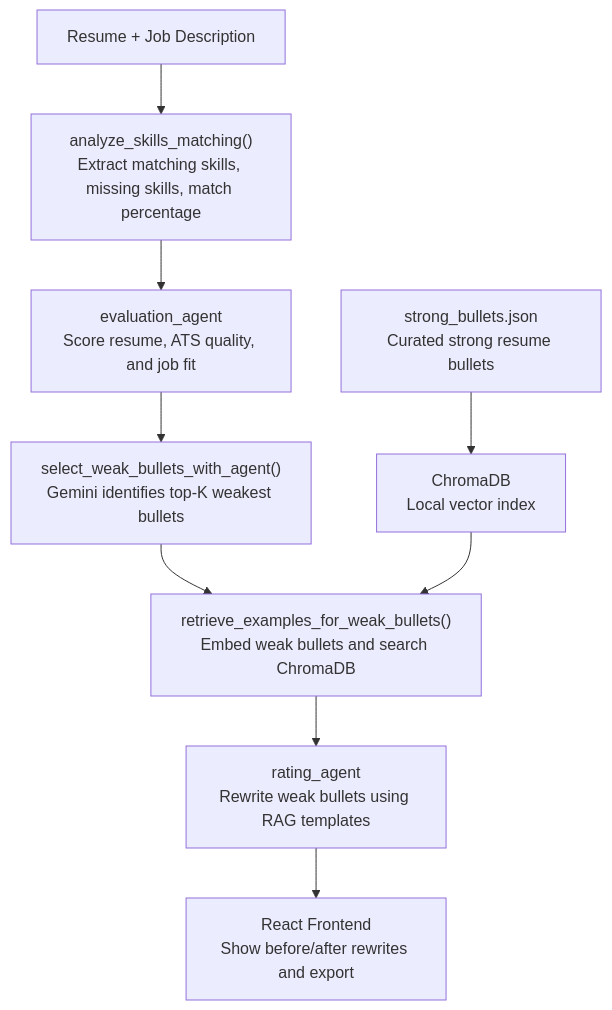
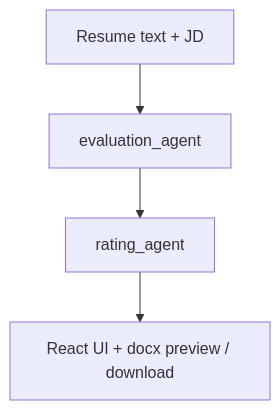
One commit to zxu73/resume-parser changed the first of 2 diagrams in README.md. Above: the diagram before and after it, drawn with Mermaid. The commit also changed other lines of this file and 16 other files, not shown here.

````diff
--- a/README.md
+++ b/README.md
@@ -26,12 +24,6 @@
 ```mermaid
 flowchart TD
-    UserInput["Resume + Job Description"] --> SkillsTool["analyze_skills_matching()<br/>Extract matching skills, missing skills, match percentage"]
-    SkillsTool --> EvalAgent["evaluation_agent<br/>Score resume, ATS quality, and job fit"]
-    EvalAgent --> WeakSelector["select_weak_bullets_with_agent()<br/>Gemini identifies top-K weakest bullets"]
-    WeakSelector --> Retriever["retrieve_examples_for_weak_bullets()<br/>Embed weak bullets and search ChromaDB"]
-    Retriever --> RatingAgent["rating_agent<br/>Rewrite weak bullets using RAG templates"]
-    RatingAgent --> Frontend["React Frontend<br/>Show before/after rewrites and export"]
-
-    Corpus["strong_bullets.json<br/>Curated strong resume bullets"] --> Chroma["ChromaDB<br/>Local vector index"]
-    Chroma --> Retriever
+    UserInput["Resume text + JD"] --> EvalAgent["evaluation_agent"]
+    EvalAgent --> RatingAgent["rating_agent"]
+    RatingAgent --> Frontend["React UI + docx preview / download"]
 ```
````
